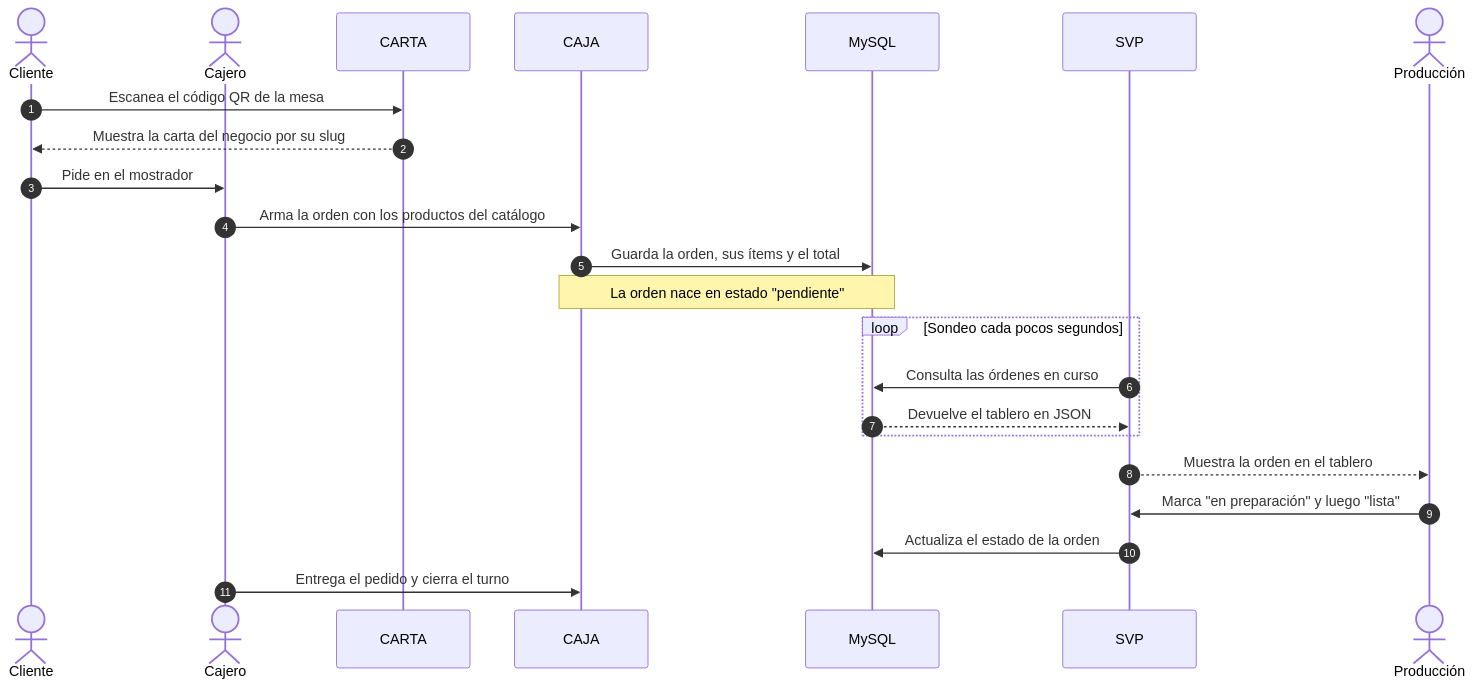
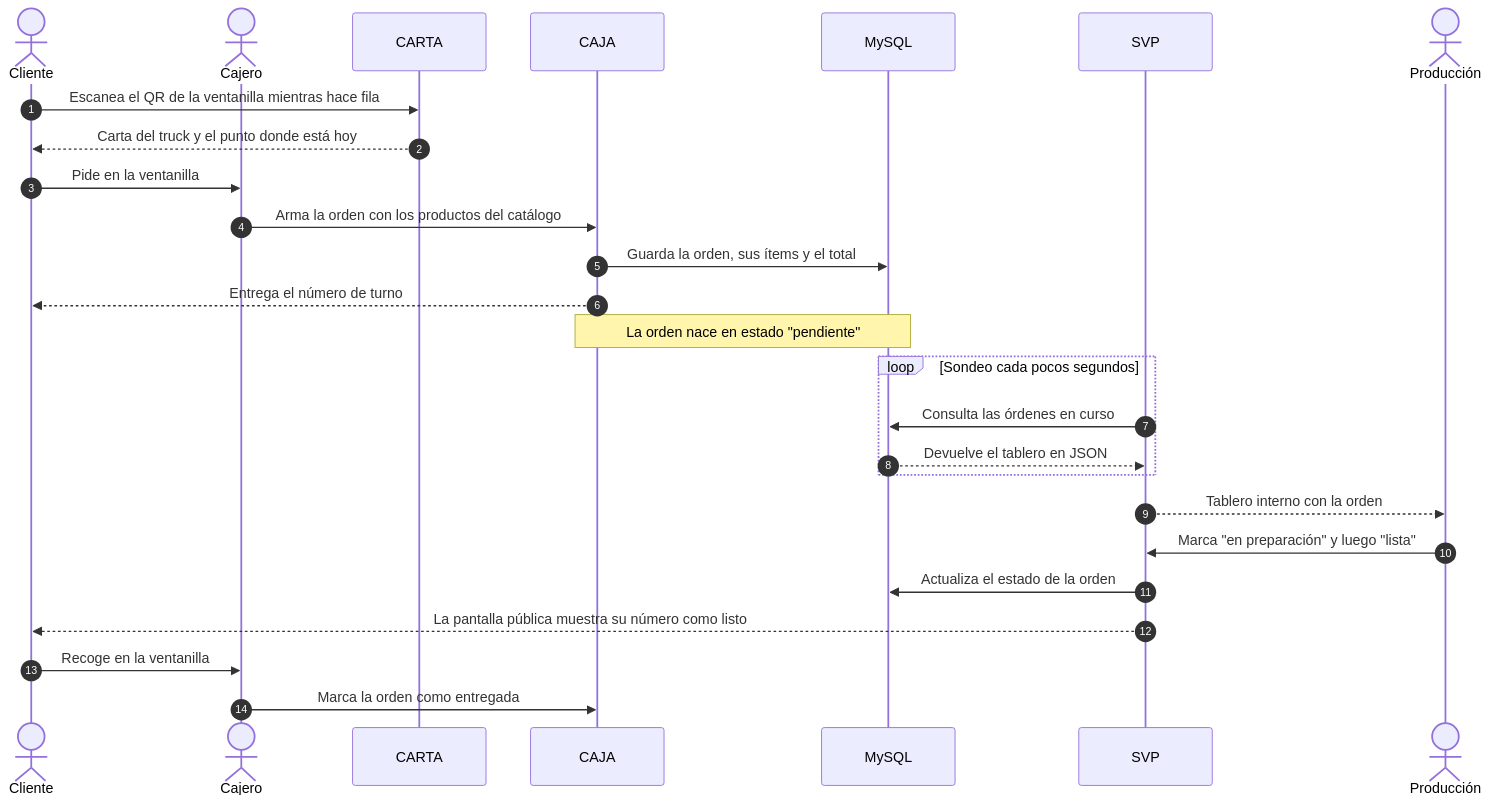
The second of 7 diagrams in README.md (Lain-Ramirez/Menu08), drawn with Mermaid before and after one commit. The commit also changed other lines of this file and 3 other files, not shown here.

````diff
--- a/README.md
+++ b/README.md
@@ -58,26 +61,29 @@
 ```mermaid
 sequenceDiagram
     autonumber
     actor Cliente
     actor Cajero
     participant CARTA as CARTA
     participant CAJA as CAJA
     participant BD as MySQL
     participant SVP as SVP
     actor Produccion as Producción
 
-    Cliente->>CARTA: Escanea el código QR de la mesa
-    CARTA-->>Cliente: Muestra la carta del negocio por su slug
-    Cliente->>Cajero: Pide en el mostrador
+    Cliente->>CARTA: Escanea el QR de la ventanilla mientras hace fila
+    CARTA-->>Cliente: Carta del truck y el punto donde está hoy
+    Cliente->>Cajero: Pide en la ventanilla
     Cajero->>CAJA: Arma la orden con los productos del catálogo
     CAJA->>BD: Guarda la orden, sus ítems y el total
+    CAJA-->>Cliente: Entrega el número de turno
     Note over CAJA,BD: La orden nace en estado "pendiente"
     loop Sondeo cada pocos segundos
         SVP->>BD: Consulta las órdenes en curso
         BD-->>SVP: Devuelve el tablero en JSON
     end
-    SVP-->>Produccion: Muestra la orden en el tablero
+    SVP-->>Produccion: Tablero interno con la orden
     Produccion->>SVP: Marca "en preparación" y luego "lista"
     SVP->>BD: Actualiza el estado de la orden
-    Cajero->>CAJA: Entrega el pedido y cierra el turno
+    SVP-->>Cliente: La pantalla pública muestra su número como listo
+    Cliente->>Cajero: Recoge en la ventanilla
+    Cajero->>CAJA: Marca la orden como entregada
 ```
````
